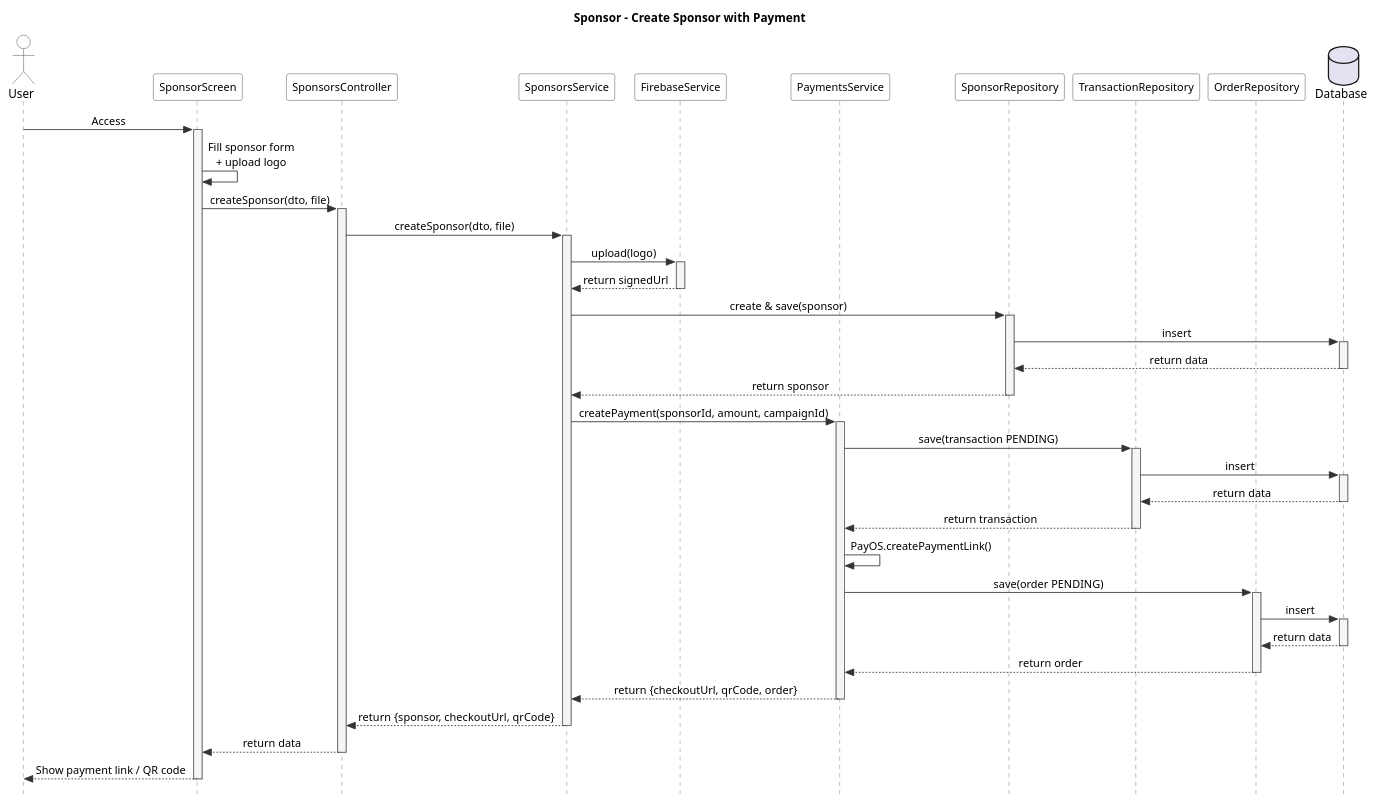
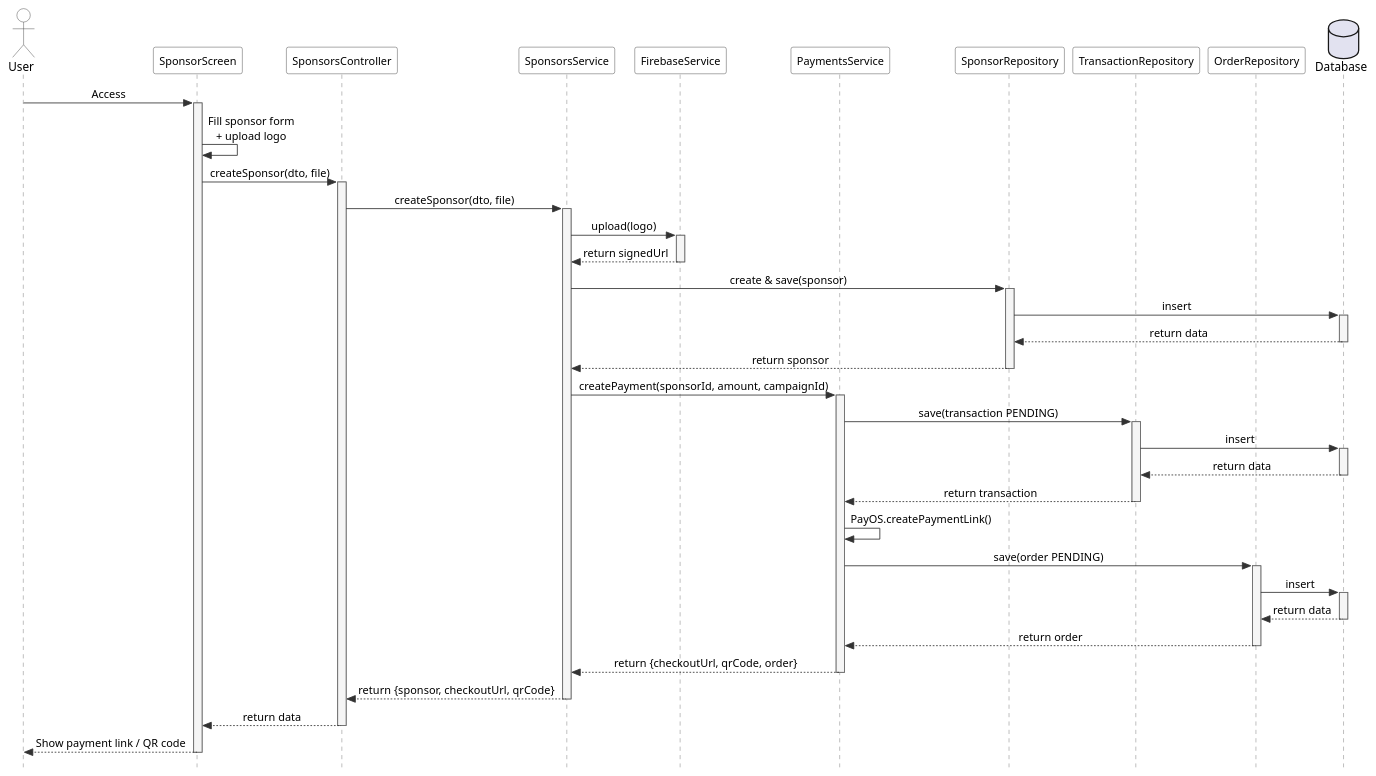
One commit to viethoang1520/artchain-server changed the diagram in documents/sponsor/sequence-sponsor-create.puml. Above: the diagram before and after it, drawn with PlantUML. The commit also changed 57 other files, not shown here.

```diff
--- a/documents/sponsor/sequence-sponsor-create.puml
+++ b/documents/sponsor/sequence-sponsor-create.puml
@@ -1,88 +1,86 @@
 @startuml Sponsor - Create Sponsor
 
 skinparam style strictuml
 skinparam backgroundColor White
 skinparam sequenceMessageAlign center
 skinparam sequence {
   ArrowColor #333333
   LifeLineBorderColor #666666
   LifeLineBackgroundColor #F5F5F5
   ParticipantBorderColor #333333
   ParticipantBackgroundColor #FFFFFF
   ParticipantFontSize 13
   ActorBorderColor #333333
   ActorBackgroundColor #FFFFFF
 }
-
-title Sponsor - Create Sponsor with Payment
 
 actor User
 participant "SponsorScreen" as Screen
 participant "SponsorsController" as Controller
 participant "SponsorsService" as SponsorSvc
 participant "FirebaseService" as Firebase
 participant "PaymentsService" as PaymentSvc
 participant "SponsorRepository" as SponsorRepo
 participant "TransactionRepository" as TransRepo
 participant "OrderRepository" as OrderRepo
 database "Database" as DB
 
 User -> Screen : Access
 activate Screen
 
 Screen -> Screen : Fill sponsor form\n+ upload logo
 
 Screen -> Controller : createSponsor(dto, file)
 activate Controller
 
 Controller -> SponsorSvc : createSponsor(dto, file)
 activate SponsorSvc
 
 SponsorSvc -> Firebase : upload(logo)
 activate Firebase
 Firebase --> SponsorSvc : return signedUrl
 deactivate Firebase
 
 SponsorSvc -> SponsorRepo : create & save(sponsor)
 activate SponsorRepo
 SponsorRepo -> DB : insert
 activate DB
 DB --> SponsorRepo : return data
 deactivate DB
 SponsorRepo --> SponsorSvc : return sponsor
 deactivate SponsorRepo
 
 SponsorSvc -> PaymentSvc : createPayment(sponsorId, amount, campaignId)
 activate PaymentSvc
 
 PaymentSvc -> TransRepo : save(transaction PENDING)
 activate TransRepo
 TransRepo -> DB : insert
 activate DB
 DB --> TransRepo : return data
 deactivate DB
 TransRepo --> PaymentSvc : return transaction
 deactivate TransRepo
 
 PaymentSvc -> PaymentSvc : PayOS.createPaymentLink()
 
 PaymentSvc -> OrderRepo : save(order PENDING)
 activate OrderRepo
 OrderRepo -> DB : insert
 activate DB
 DB --> OrderRepo : return data
 deactivate DB
 OrderRepo --> PaymentSvc : return order
 deactivate OrderRepo
 
 PaymentSvc --> SponsorSvc : return {checkoutUrl, qrCode, order}
 deactivate PaymentSvc
 
 SponsorSvc --> Controller : return {sponsor, checkoutUrl, qrCode}
 deactivate SponsorSvc
 Controller --> Screen : return data
 deactivate Controller
 Screen --> User : Show payment link / QR code
 deactivate Screen
 
 @enduml
```
